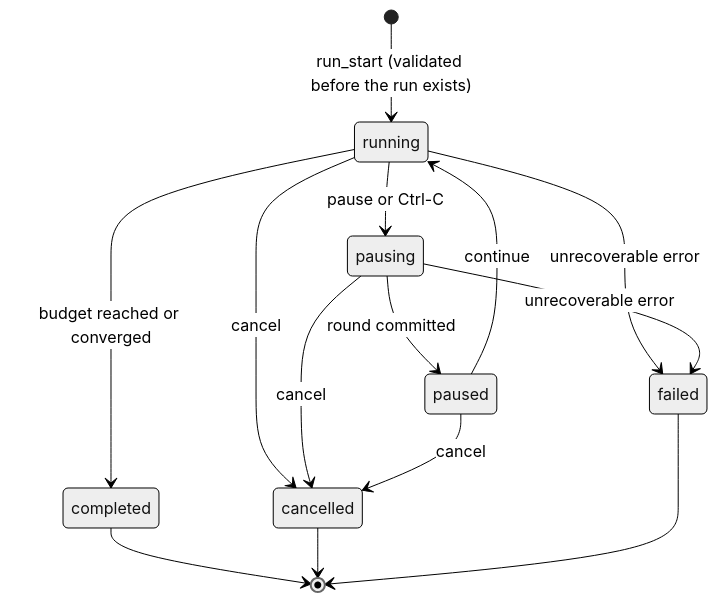
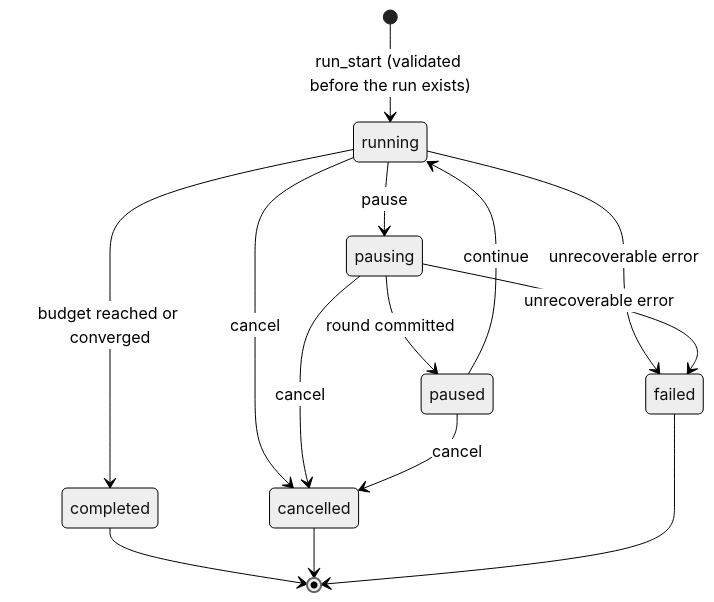
Before and after one commit to neverhuman/JopeDime: the second of 3 diagrams in docs/product/spec-v1.md, drawn with Mermaid (neutral theme). The commit also changed other lines of this file and 5 other files, not shown here.

````diff
--- a/docs/product/spec-v1.md
+++ b/docs/product/spec-v1.md
@@ -416,16 +416,16 @@
 ```mermaid
 stateDiagram-v2
     [*] --> running: run_start (validated before the run exists)
-    running --> pausing: pause or Ctrl-C
+    running --> pausing: pause
     pausing --> paused: round committed
     paused --> running: continue
     running --> completed: budget reached or converged
     running --> cancelled: cancel
     pausing --> cancelled: cancel
     paused --> cancelled: cancel
     running --> failed: unrecoverable error
     pausing --> failed: unrecoverable error
     completed --> [*]
     cancelled --> [*]
     failed --> [*]
 ```
````
